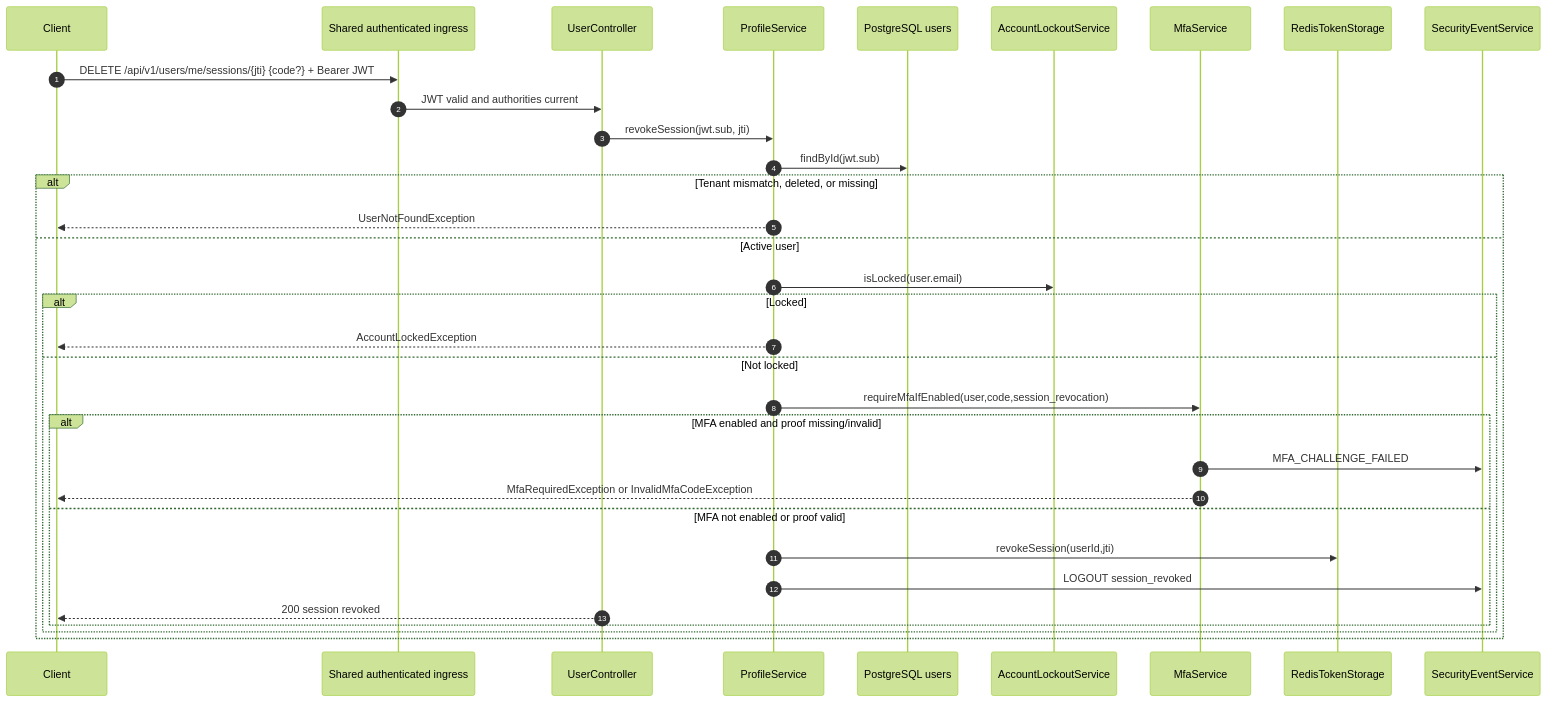
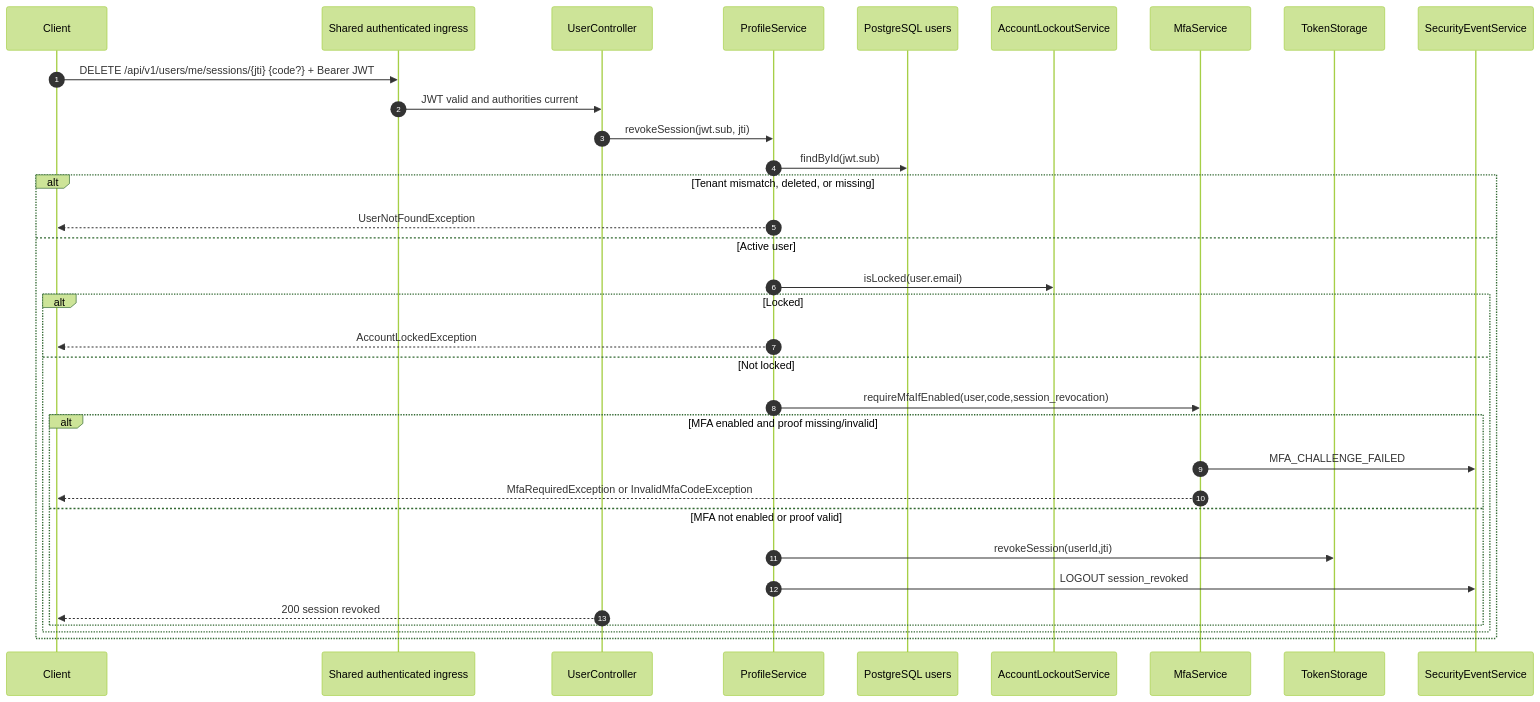
Before and after one commit to brenomega/authkit: diagram 18 of 26 in docs/architecture/SYSTEM_USE_CASE_FLOWS.md, drawn with Mermaid (forest theme). The commit also changed other lines of this file and 30 other files, not shown here.

````diff
--- a/docs/architecture/SYSTEM_USE_CASE_FLOWS.md
+++ b/docs/architecture/SYSTEM_USE_CASE_FLOWS.md
@@ -949,36 +949,36 @@
 ```mermaid
 sequenceDiagram
     autonumber
     participant C as Client
     participant I as Shared authenticated ingress
     participant UC as UserController
     participant PS as ProfileService
     participant DB as PostgreSQL users
     participant LS as AccountLockoutService
     participant MFA as MfaService
-    participant TS as RedisTokenStorage
+    participant TS as TokenStorage
     participant AUD as SecurityEventService
 
     C->>I: DELETE /api/v1/users/me/sessions/{jti} {code?} + Bearer JWT
     I->>UC: JWT valid and authorities current
     UC->>PS: revokeSession(jwt.sub, jti)
     PS->>DB: findById(jwt.sub)
     alt Tenant mismatch, deleted, or missing
         PS-->>C: UserNotFoundException
     else Active user
         PS->>LS: isLocked(user.email)
         alt Locked
             PS-->>C: AccountLockedException
         else Not locked
             PS->>MFA: requireMfaIfEnabled(user,code,session_revocation)
             alt MFA enabled and proof missing/invalid
                 MFA->>AUD: MFA_CHALLENGE_FAILED
                 MFA-->>C: MfaRequiredException or InvalidMfaCodeException
             else MFA not enabled or proof valid
                 PS->>TS: revokeSession(userId,jti)
                 PS->>AUD: LOGOUT session_revoked
                 UC-->>C: 200 session revoked
             end
         end
     end
 ```
````
